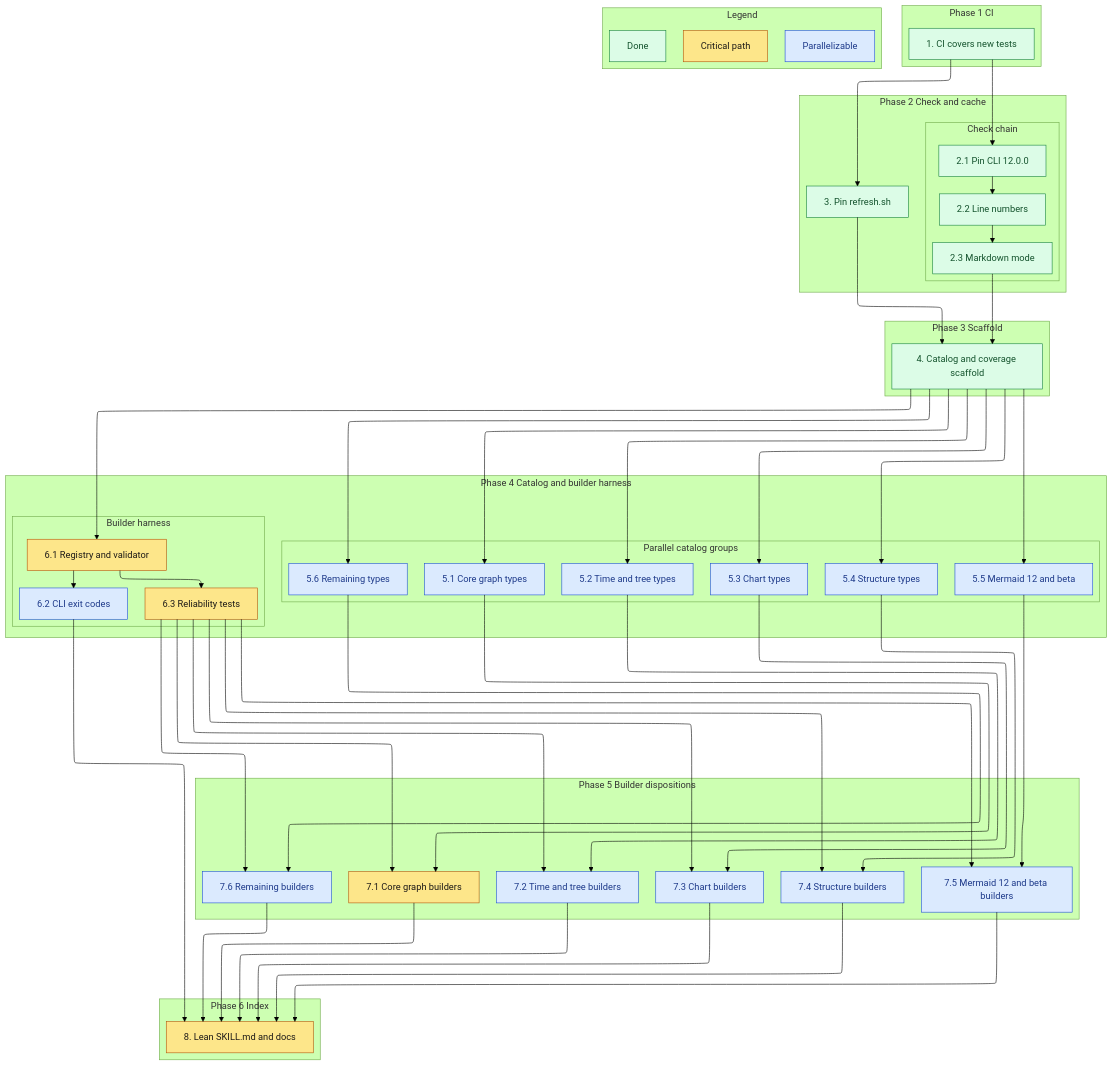
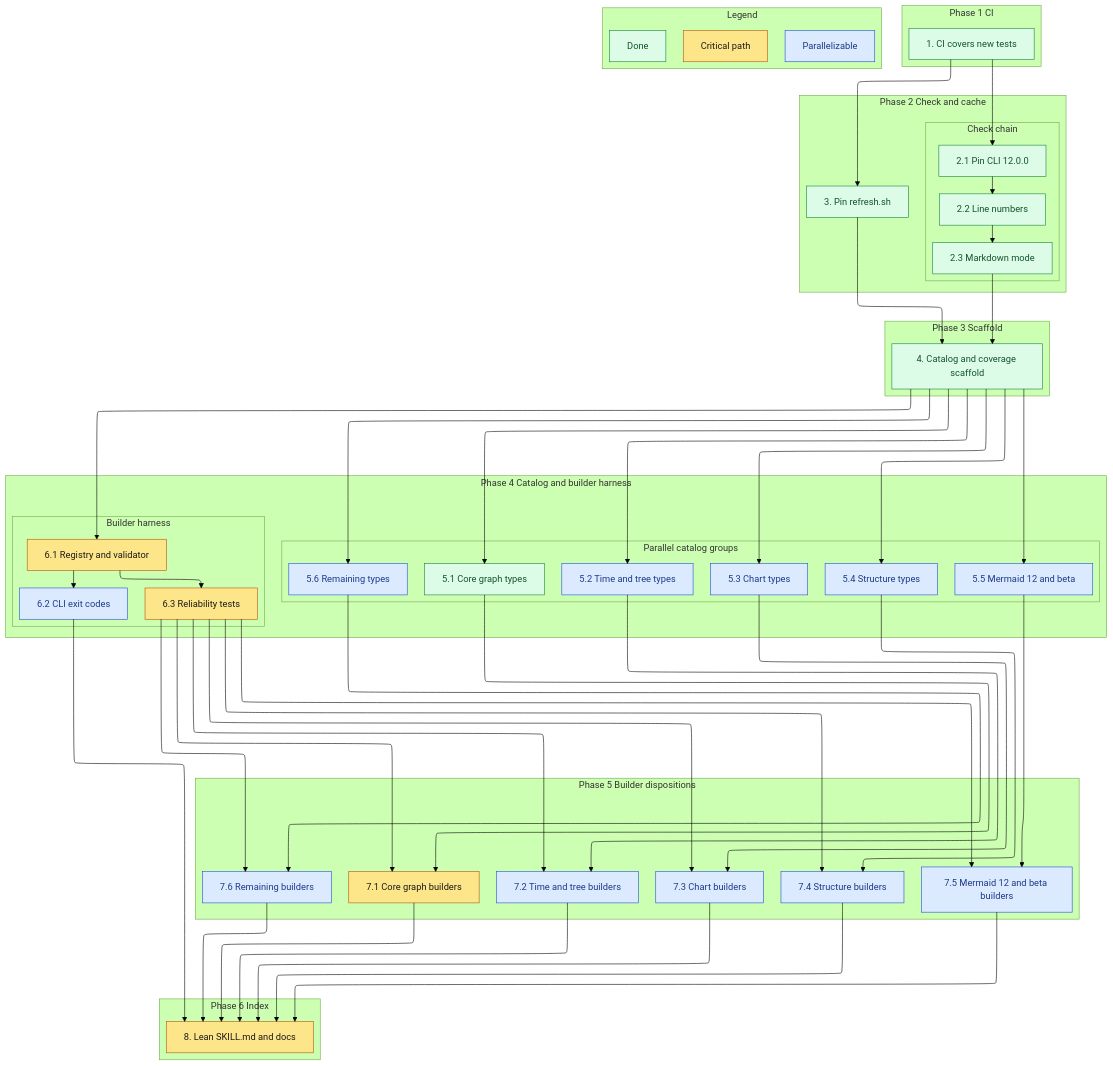
One commit to sohampatwardhan/mermaid-skill changed the diagram in .kiro/specs/mermaid-catalog/tasks.md. Above: the diagram before and after it, drawn with Mermaid (forest theme). The commit also changed other lines of this file and 6 other files, not shown here.

First line of the commit message:
docs(catalog): add core graph type catalog files

````diff
--- a/.kiro/specs/mermaid-catalog/tasks.md
+++ b/.kiro/specs/mermaid-catalog/tasks.md
@@ -94,7 +94,7 @@
   classDef critical fill:#fde68a,stroke:#b45309,color:#1c1917
   classDef parallel fill:#dbeafe,stroke:#1d4ed8,color:#1e3a8a
   classDef done fill:#dcfce7,stroke:#15803d,color:#14532d
-  class t1,t2_1,t2_2,t2_3,t3,t4,ld done
+  class t1,t2_1,t2_2,t2_3,t3,t4,t5_1,ld done
   class t6_1,t6_3,t7_1,t8,lc critical
-  class t5_1,t5_2,t5_3,t5_4,t5_5,t5_6,t6_2,t7_2,t7_3,t7_4,t7_5,t7_6,lp parallel
+  class t5_2,t5_3,t5_4,t5_5,t5_6,t6_2,t7_2,t7_3,t7_4,t7_5,t7_6,lp parallel
 ```
````
